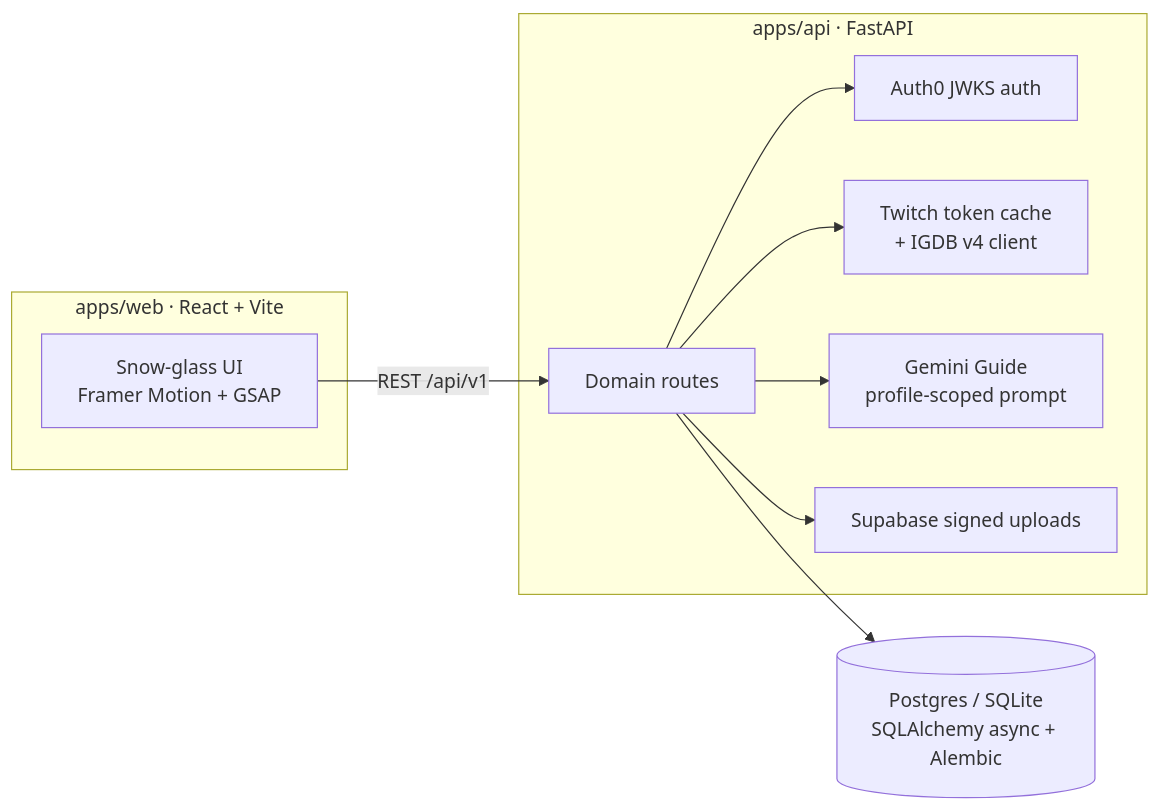
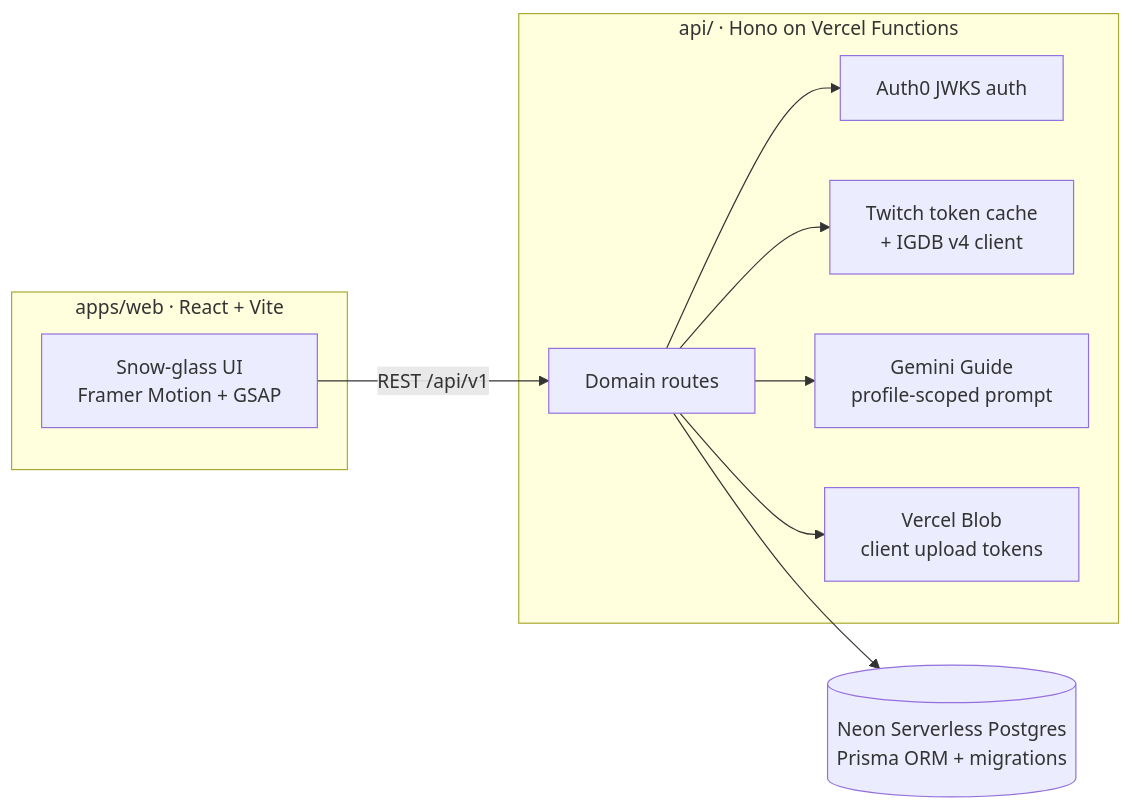
Before and after one commit to GautamVhavle/SavePoint: the diagram in README.md, drawn with Mermaid. The commit also changed other lines of this file and 93 other files, not shown here.

````diff
--- a/README.md
+++ b/README.md
@@ -35,20 +35,20 @@
 ```mermaid
 flowchart LR
     subgraph Client [apps/web · React + Vite]
         UI[Snow-glass UI<br/>Framer Motion + GSAP]
     end
-    subgraph Server [apps/api · FastAPI]
+    subgraph Server [api/ · Hono on Vercel Functions]
         AUTH[Auth0 JWKS auth]
         ROUTES[Domain routes]
         IGDB[Twitch token cache<br/>+ IGDB v4 client]
         GEM[Gemini Guide<br/>profile-scoped prompt]
-        UPLOAD[Supabase signed uploads]
+        UPLOAD[Vercel Blob<br/>client upload tokens]
     end
-    DB[(Postgres / SQLite<br/>SQLAlchemy async + Alembic)]
+    DB[(Neon Serverless Postgres<br/>Prisma ORM + migrations)]
     UI -- REST /api/v1 --> ROUTES
     ROUTES --> AUTH
     ROUTES --> DB
     ROUTES --> IGDB
     ROUTES --> GEM
     ROUTES --> UPLOAD
 ```
````
